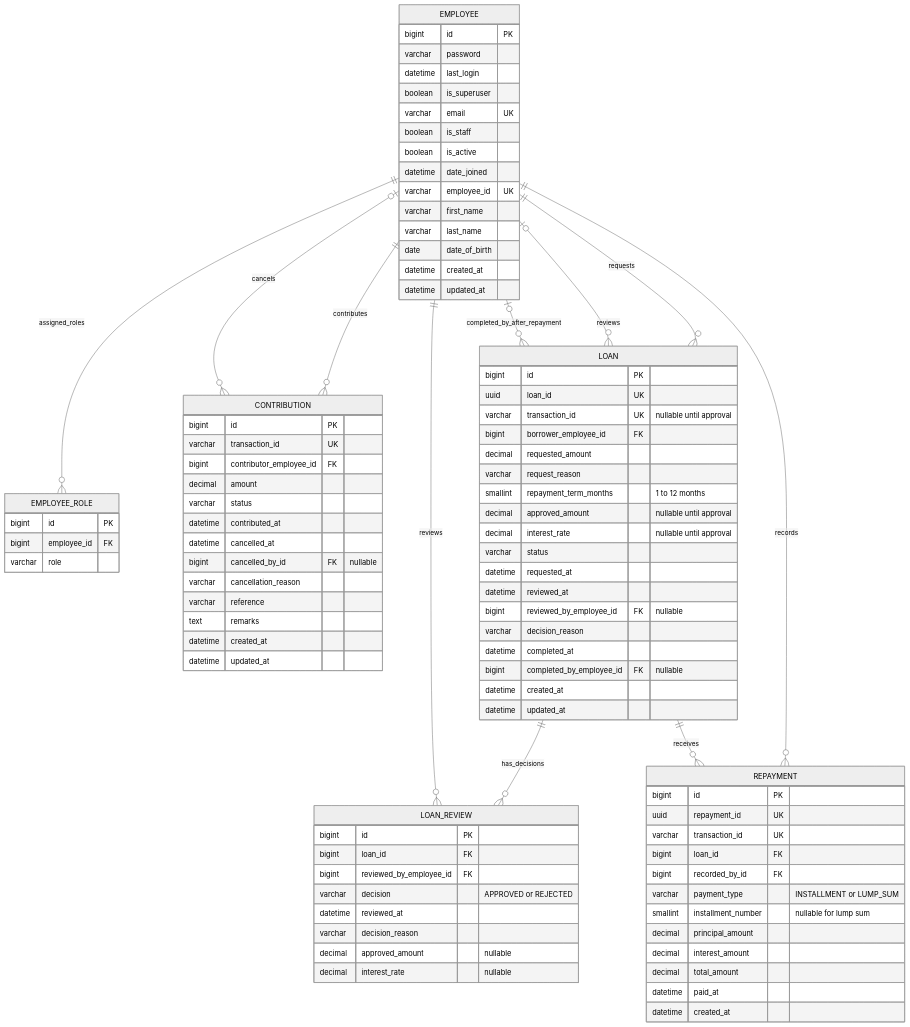
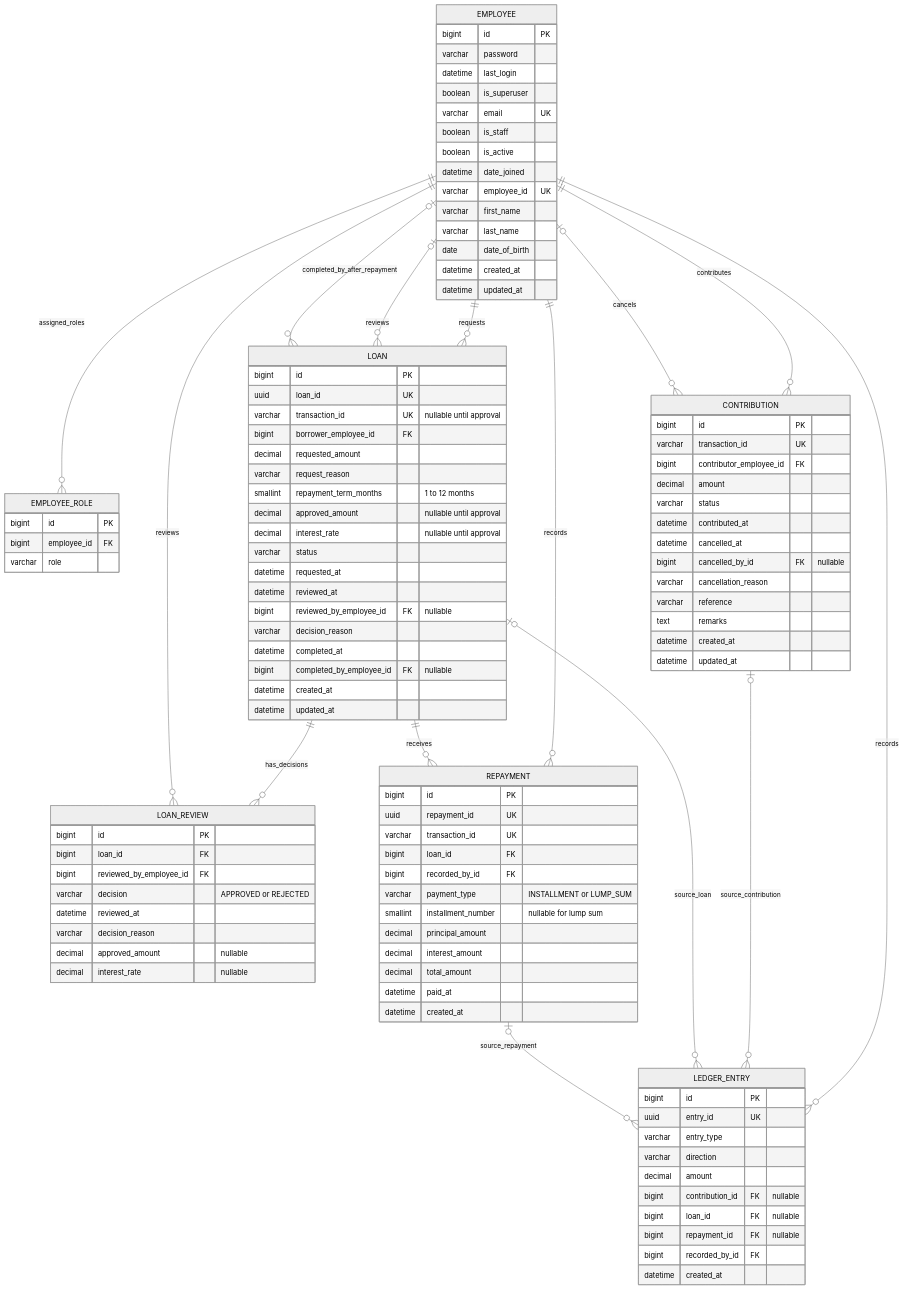
One commit to Gowthamraj-Bommannan/lending_system changed the first of 3 diagrams in docs/ERD.md. Above: the diagram before and after it, drawn with Mermaid (neutral theme). The commit also changed other lines of this file and 20 other files, not shown here.

Commit message:
Added ledger entry app

````diff
--- a/docs/ERD.md
+++ b/docs/ERD.md
@@ -18,6 +18,10 @@
     EMPLOYEE ||--o{ LOAN_REVIEW : reviews
     EMPLOYEE ||--o{ REPAYMENT : records
     LOAN ||--o{ REPAYMENT : receives
+    EMPLOYEE ||--o{ LEDGER_ENTRY : records
+    CONTRIBUTION o|--o{ LEDGER_ENTRY : source_contribution
+    LOAN o|--o{ LEDGER_ENTRY : source_loan
+    REPAYMENT o|--o{ LEDGER_ENTRY : source_repayment
 
     EMPLOYEE {
         bigint id PK
@@ -104,4 +108,17 @@
         datetime paid_at
         datetime created_at
     }
+
+    LEDGER_ENTRY {
+        bigint id PK
+        uuid entry_id UK
+        varchar entry_type
+        varchar direction
+        decimal amount
+        bigint contribution_id FK "nullable"
+        bigint loan_id FK "nullable"
+        bigint repayment_id FK "nullable"
+        bigint recorded_by_id FK
+        datetime created_at
+    }
 ```
````
